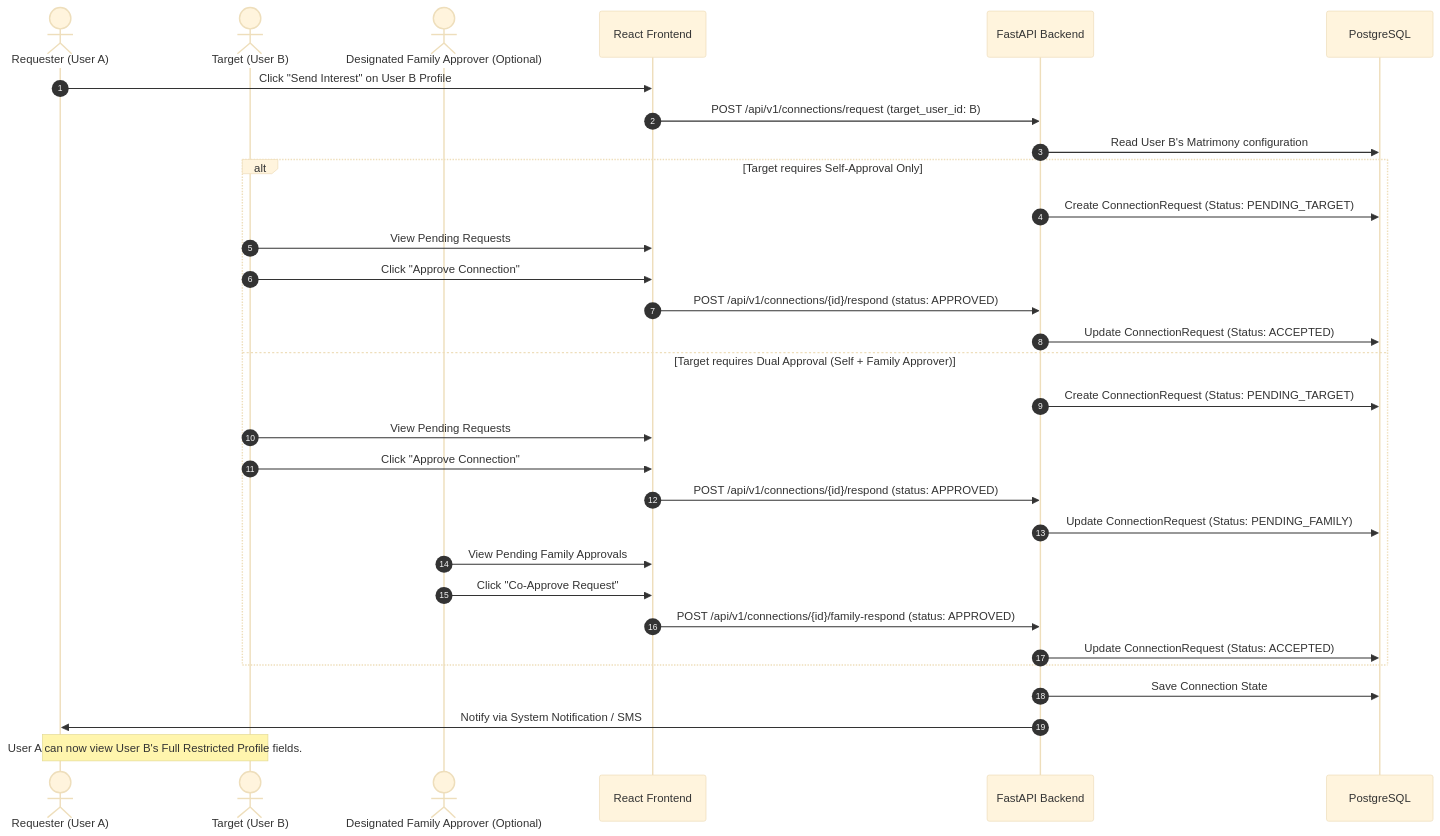
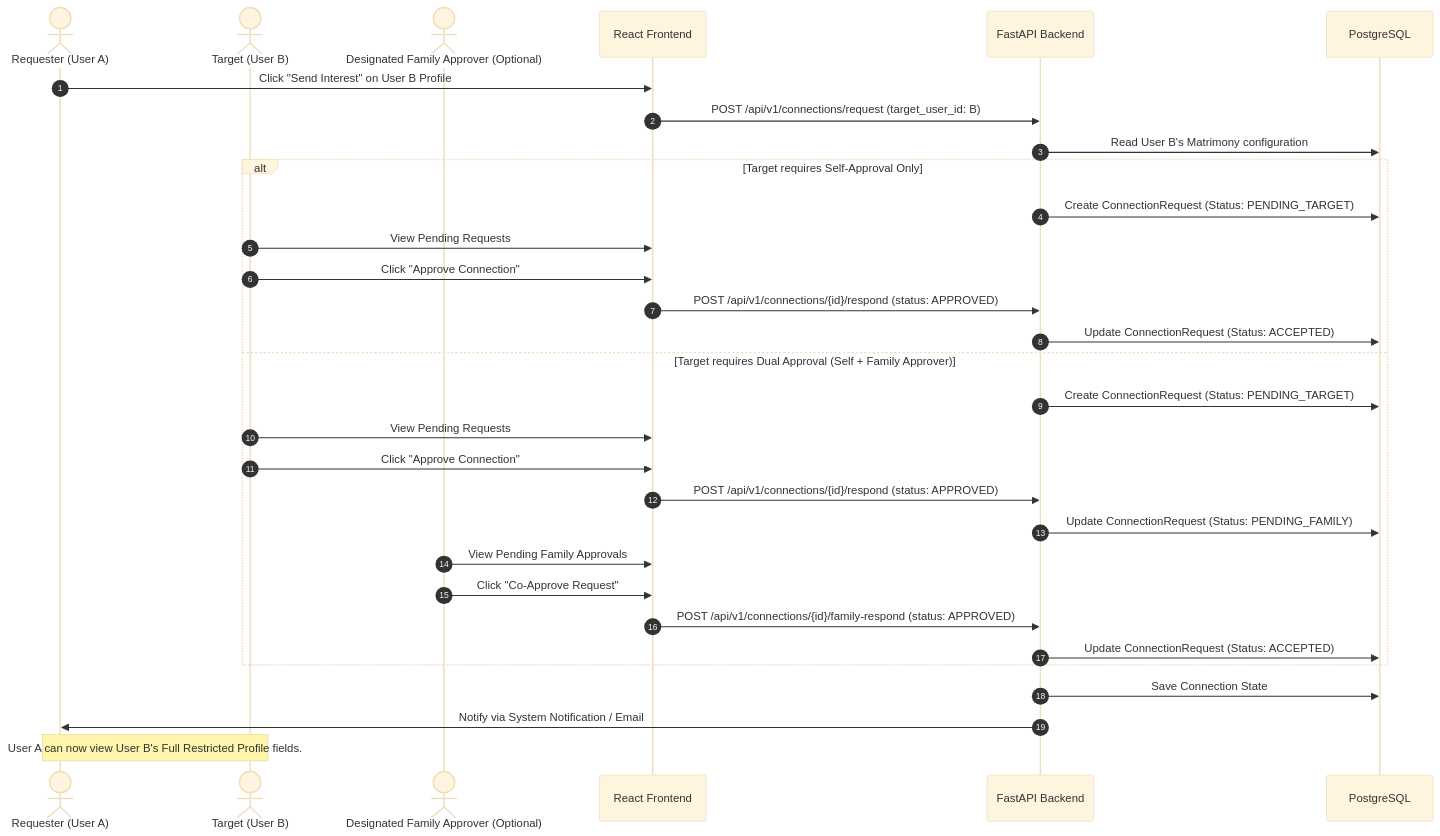
One commit to abhiyaligar/communityconnect changed the fourth of 6 diagrams in docs/System_Architecture.md. Above: the diagram before and after it, drawn with Mermaid (base theme). The commit also changed other lines of this file and 7 other files, not shown here.

````diff
--- a/docs/System_Architecture.md
+++ b/docs/System_Architecture.md
@@ -263,36 +263,36 @@
 ```mermaid
 sequenceDiagram
     autonumber
     actor UserA as Requester (User A)
     actor UserB as Target (User B)
     actor FamB as Designated Family Approver (Optional)
     participant FE as React Frontend
     participant BE as FastAPI Backend
     participant DB as PostgreSQL
 
     UserA->>FE: Click "Send Interest" on User B Profile
     FE->>BE: POST /api/v1/connections/request (target_user_id: B)
     BE->>DB: Read User B's Matrimony configuration
     
     alt Target requires Self-Approval Only
         BE->>DB: Create ConnectionRequest (Status: PENDING_TARGET)
         UserB->>FE: View Pending Requests
         UserB->>FE: Click "Approve Connection"
         FE->>BE: POST /api/v1/connections/{id}/respond (status: APPROVED)
         BE->>DB: Update ConnectionRequest (Status: ACCEPTED)
     else Target requires Dual Approval (Self + Family Approver)
         BE->>DB: Create ConnectionRequest (Status: PENDING_TARGET)
         UserB->>FE: View Pending Requests
         UserB->>FE: Click "Approve Connection"
         FE->>BE: POST /api/v1/connections/{id}/respond (status: APPROVED)
         BE->>DB: Update ConnectionRequest (Status: PENDING_FAMILY)
         FamB->>FE: View Pending Family Approvals
         FamB->>FE: Click "Co-Approve Request"
         FE->>BE: POST /api/v1/connections/{id}/family-respond (status: APPROVED)
         BE->>DB: Update ConnectionRequest (Status: ACCEPTED)
     end
     
     BE->>DB: Save Connection State
-    BE->>UserA: Notify via System Notification / SMS
+    BE->>UserA: Notify via System Notification / Email
     Note over UserA, UserB: User A can now view User B's Full Restricted Profile fields.
 ```
````
